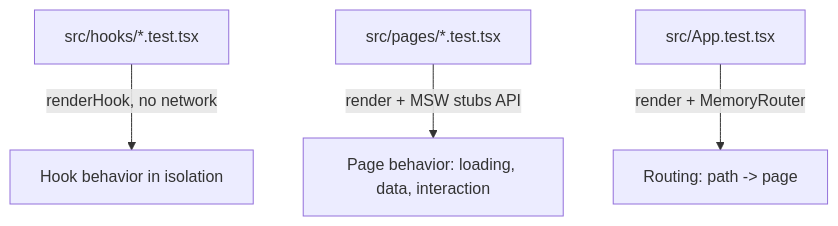
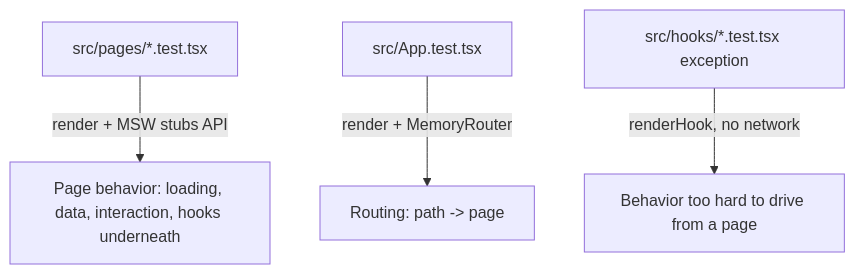
One commit to paulelian-tabarant/ripe changed the diagram in web/STANDARDS.md. Above: the diagram before and after it, drawn with Mermaid. The commit also changed other lines of this file, not shown here.

First line of the commit message:
docs(standards): clarify hook tests as exception, add hierarchy to web testing bullets

````diff
--- a/web/STANDARDS.md
+++ b/web/STANDARDS.md
@@ -65,6 +73,6 @@
 ```mermaid
 flowchart TD
-    A[src/hooks/*.test.tsx] -->|renderHook, no network| B[Hook behavior in isolation]
-    C[src/pages/*.test.tsx] -->|render + MSW stubs API| D[Page behavior: loading, data, interaction]
-    E[src/App.test.tsx] -->|render + MemoryRouter| F[Routing: path -> page]
+    A[src/pages/*.test.tsx] -->|render + MSW stubs API| B[Page behavior: loading, data, interaction, hooks underneath]
+    C[src/App.test.tsx] -->|render + MemoryRouter| D[Routing: path -> page]
+    E[src/hooks/*.test.tsx exception] -->|renderHook, no network| F[Behavior too hard to drive from a page]
 ```
````
